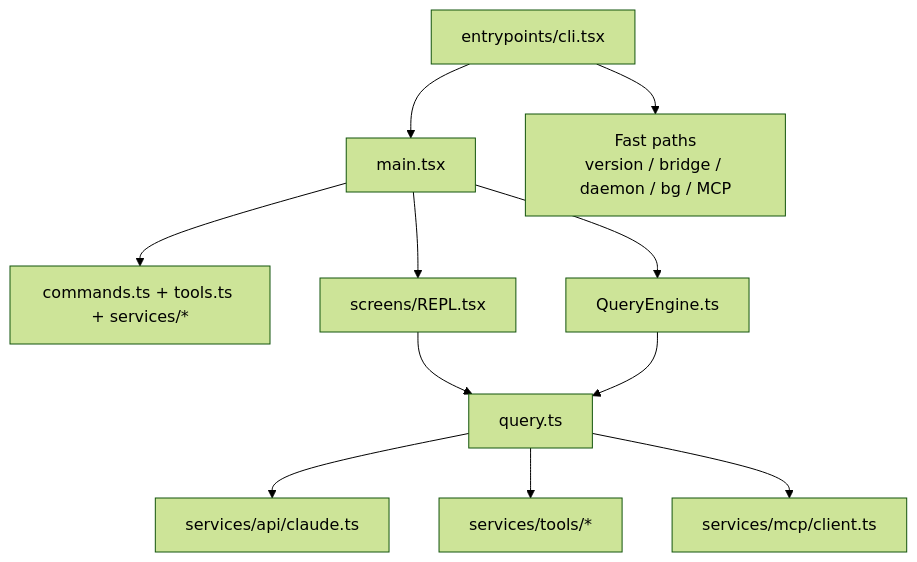
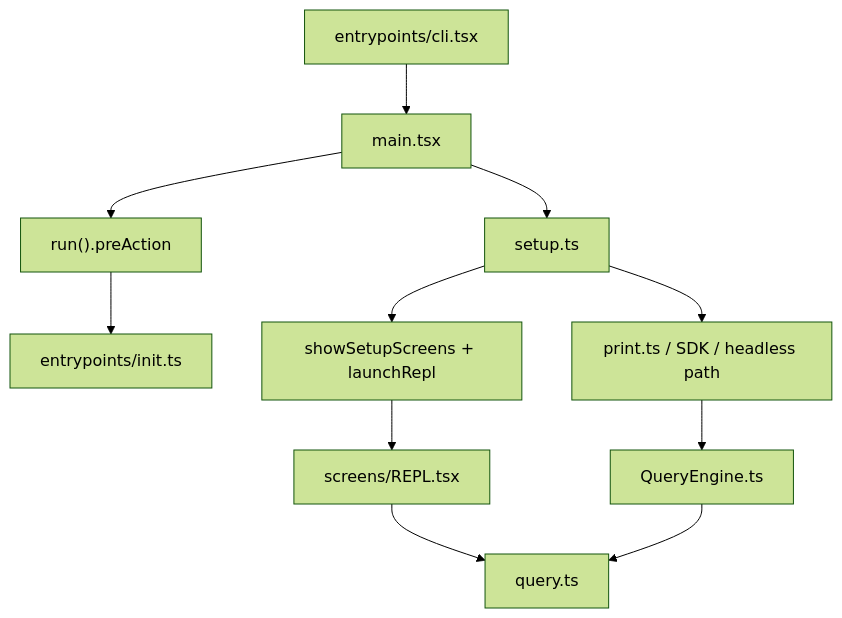
The diagram in docs/modules/00-runtime-and-entrypoints.md (lztrman/claude_code_src), drawn with Mermaid (forest theme) before and after one commit. The commit also changed other lines of this file and 6 other files, not shown here.

Commit message:
docs: deepen architecture analysis

````diff
--- a/docs/modules/00-runtime-and-entrypoints.md
+++ b/docs/modules/00-runtime-and-entrypoints.md
@@ -21,13 +28,13 @@
 ```mermaid
 flowchart TD
   A["entrypoints/cli.tsx"] --> B["main.tsx"]
-  A --> C["Fast paths<br/>version / bridge / daemon / bg / MCP"]
-  B --> D["commands.ts + tools.ts + services/*"]
-  B --> E["screens/REPL.tsx"]
-  B --> F["QueryEngine.ts"]
-  E --> G["query.ts"]
-  F --> G
-  G --> H["services/api/claude.ts"]
-  G --> I["services/tools/*"]
-  G --> J["services/mcp/client.ts"]
+  B --> C["run().preAction"]
+  C --> D["entrypoints/init.ts"]
+  B --> E["setup.ts"]
+  E --> F["showSetupScreens + launchRepl"]
+  E --> G["print.ts / SDK / headless path"]
+  F --> H["screens/REPL.tsx"]
+  H --> I["query.ts"]
+  G --> J["QueryEngine.ts"]
+  J --> I
 ```
````
